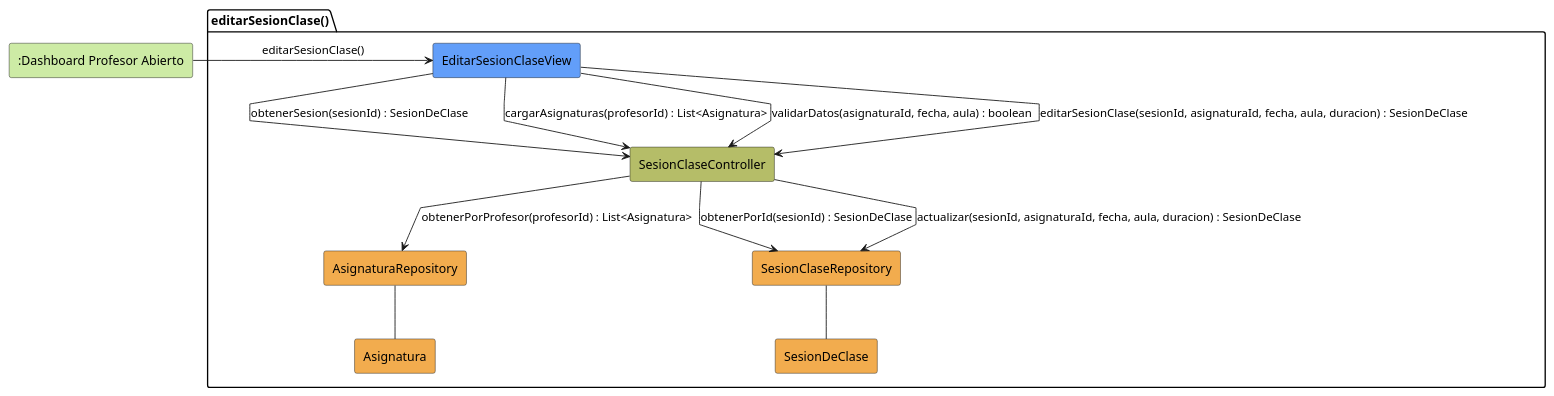
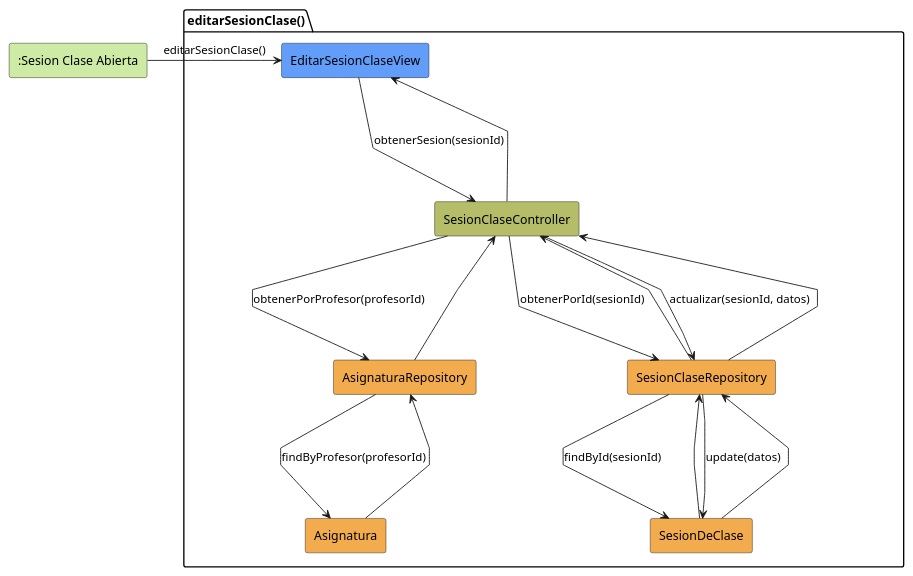
The diagram in modelosUML/analisis/editarSesionClase/colaboracion.puml (jerdier/25-26-idsw2-sdVC), drawn with PlantUML before and after one commit. The commit also changed 261 other files, not shown here.

```diff
--- a/modelosUML/analisis/editarSesionClase/colaboracion.puml
+++ b/modelosUML/analisis/editarSesionClase/colaboracion.puml
@@ -1,35 +1,30 @@
 @startuml editarSesionClase-analisis
 skinparam linetype polyline
 
-rectangle #CDEBA5 ":Dashboard Profesor Abierto" as DashboardProfesorAbierto
+rectangle #CDEBA5 ":Sesion Clase Abierta" as SesionClaseAbierta
 
 package editarSesionClase as "editarSesionClase()" {
     rectangle #629EF9 EditarSesionClaseView
     rectangle #b5bd68 SesionClaseController
     rectangle #F2AC4E AsignaturaRepository
     rectangle #F2AC4E SesionClaseRepository
     rectangle #F2AC4E Asignatura
     rectangle #F2AC4E SesionDeClase
 }
 
-DashboardProfesorAbierto -r-> EditarSesionClaseView: editarSesionClase()
-
-EditarSesionClaseView -d-> SesionClaseController: obtenerSesion(sesionId) : SesionDeClase
-
-SesionClaseController --> SesionClaseRepository: obtenerPorId(sesionId) : SesionDeClase
-
-SesionClaseRepository -- SesionDeClase
-
-EditarSesionClaseView -d-> SesionClaseController: cargarAsignaturas(profesorId) : List<Asignatura>
-
-SesionClaseController --> AsignaturaRepository: obtenerPorProfesor(profesorId) : List<Asignatura>
-
-AsignaturaRepository -- Asignatura
-
-EditarSesionClaseView --> SesionClaseController: validarDatos(asignaturaId, fecha, aula) : boolean
-
-EditarSesionClaseView --> SesionClaseController: editarSesionClase(sesionId, asignaturaId, fecha, aula, duracion) : SesionDeClase
-
-SesionClaseController --> SesionClaseRepository: actualizar(sesionId, asignaturaId, fecha, aula, duracion) : SesionDeClase
-
+SesionClaseAbierta -r-> EditarSesionClaseView: editarSesionClase()
+EditarSesionClaseView -d-> SesionClaseController: obtenerSesion(sesionId)
+SesionClaseController -d-> SesionClaseRepository: obtenerPorId(sesionId)
+SesionClaseRepository -d-> SesionDeClase: findById(sesionId)
+SesionDeClase --u-> SesionClaseRepository
+SesionClaseRepository --u-> SesionClaseController
+SesionClaseController -d-> AsignaturaRepository: obtenerPorProfesor(profesorId)
+AsignaturaRepository -d-> Asignatura: findByProfesor(profesorId)
+Asignatura --u-> AsignaturaRepository
+AsignaturaRepository --u-> SesionClaseController
+SesionClaseController -d-> SesionClaseRepository: actualizar(sesionId, datos)
+SesionClaseRepository -d-> SesionDeClase: update(datos)
+SesionDeClase --u-> SesionClaseRepository
+SesionClaseRepository --u-> SesionClaseController
+SesionClaseController --u-> EditarSesionClaseView
 @enduml
```
